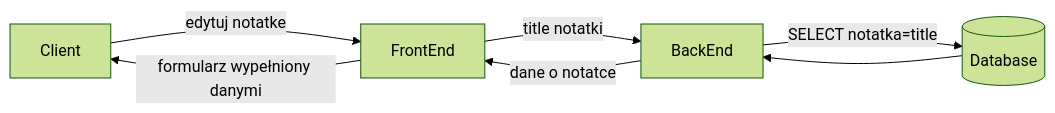
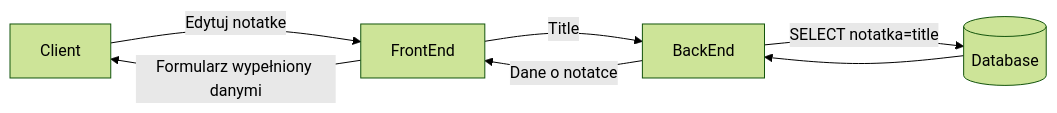
Before and after one commit to Kajiysor/UJ_WWW_Project_2: the fifth of 6 diagrams in README.md, drawn with Mermaid (forest theme). The commit also changed other lines of this file and 3 other files, not shown here.

````diff
--- a/README.md
+++ b/README.md
@@ -67,9 +108,9 @@
 ```mermaid
 flowchart LR
     client[Client]
     backend[BackEnd]
     frontend[FrontEnd]
     db[(Database)]
-    client-->|edytuj notatke|frontend-->|title notatki|backend
-    backend-->|SELECT notatka=title|db-->backend-->|dane o notatce|frontend-->|formularz wypełniony danymi|client
+    client-->|Edytuj notatke|frontend-->|Title|backend
+    backend-->|SELECT notatka=title|db-->backend-->|Dane o notatce|frontend-->|Formularz wypełniony danymi|client
 ```
````
